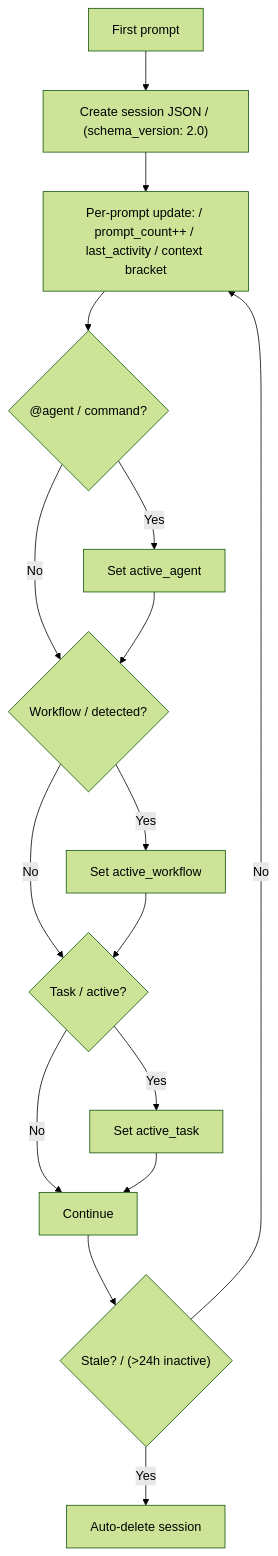
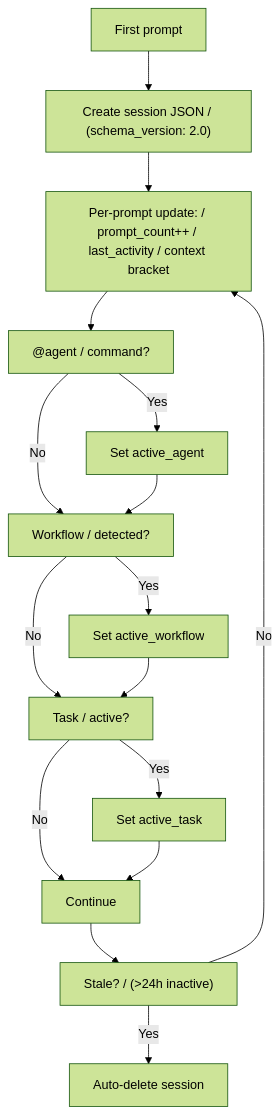
One commit to bychrisr/aios-docs changed the second of 3 diagrams in content/en/docs/architecture/SYNAPSE/docs/DESIGN-SYNAPSE-ENGINE.mdx. Above: the diagram before and after it, drawn with Mermaid (forest theme). The commit also changed other lines of this file and 40 other files, not shown here.

````diff
--- a/content/en/docs/architecture/SYNAPSE/docs/DESIGN-SYNAPSE-ENGINE.mdx
+++ b/content/en/docs/architecture/SYNAPSE/docs/DESIGN-SYNAPSE-ENGINE.mdx
@@ -389,23 +389,23 @@
 ```mermaid
 flowchart TD
     NEW["First prompt"] --> CREATE["Create session JSON / (schema_version: 2.0)"]
     CREATE --> UPDATE["Per-prompt update: / prompt_count++ / last_activity / context bracket"]
 
-    UPDATE --> AGENT{"@agent / command?"}
+    UPDATE --> AGENT["@agent / command?"]
     AGENT -->|"Yes"| SET_AGENT["Set active_agent"]
     AGENT -->|"No"| WF
 
-    SET_AGENT --> WF{"Workflow / detected?"}
+    SET_AGENT --> WF["Workflow / detected?"]
     WF -->|"Yes"| SET_WF["Set active_workflow"]
     WF -->|"No"| TASK
 
-    SET_WF --> TASK{"Task / active?"}
+    SET_WF --> TASK["Task / active?"]
     TASK -->|"Yes"| SET_TASK["Set active_task"]
     TASK -->|"No"| CONT
 
     SET_TASK --> CONT["Continue"]
 
-    CONT --> CHECK{"Stale? / (>24h inactive)"}
+    CONT --> CHECK["Stale? / (>24h inactive)"]
     CHECK -->|"Yes"| DELETE["Auto-delete session"]
     CHECK -->|"No"| UPDATE
 ```
````
